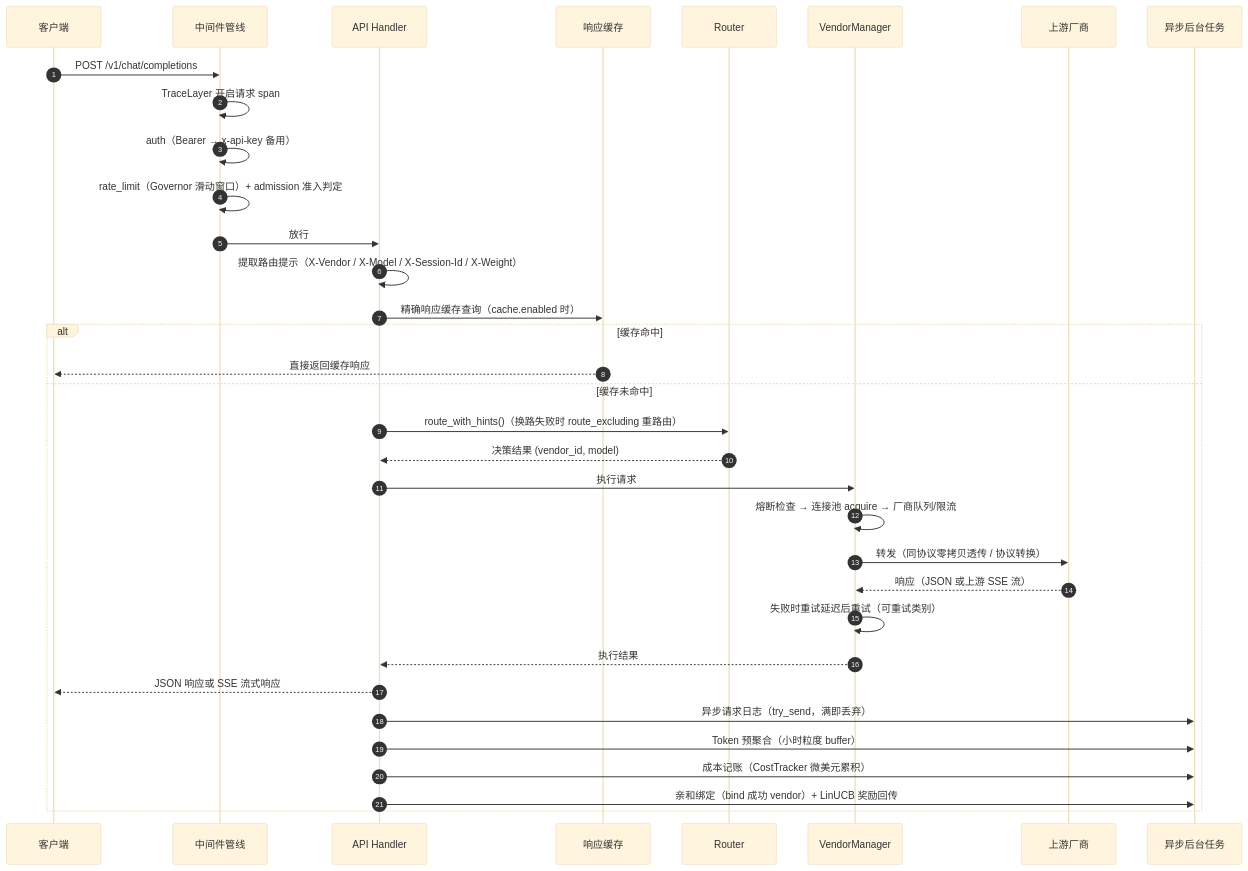
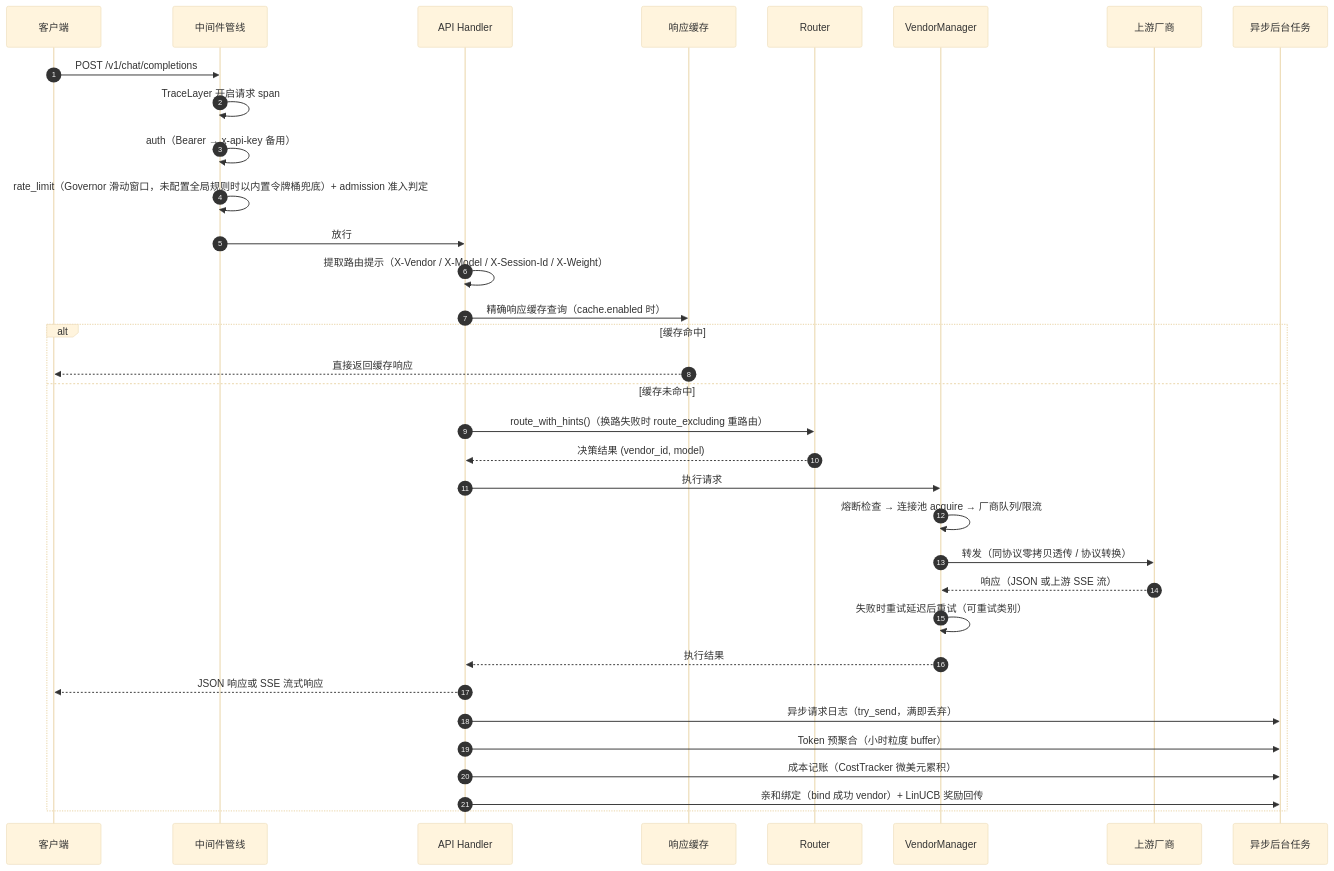
The second of 9 diagrams in docs/ARCHITECTURE.md (Kirky-X/fluxgate), drawn with Mermaid (base theme) before and after one commit. The commit also changed other lines of this file and 6 other files, not shown here.

````diff
--- a/docs/ARCHITECTURE.md
+++ b/docs/ARCHITECTURE.md
@@ -168,37 +170,37 @@
 ```mermaid
 sequenceDiagram
     autonumber
     participant C as 客户端
     participant MW as 中间件管线
     participant H as API Handler
     participant RC as 响应缓存
     participant R as Router
     participant VM as VendorManager
     participant U as 上游厂商
     participant BG as 异步后台任务
 
     C->>MW: POST /v1/chat/completions
     MW->>MW: TraceLayer 开启请求 span
     MW->>MW: auth（Bearer → x-api-key 备用）
-    MW->>MW: rate_limit（Governor 滑动窗口）+ admission 准入判定
+    MW->>MW: rate_limit（Governor 滑动窗口，未配置全局规则时以内置令牌桶兜底）+ admission 准入判定
     MW->>H: 放行
     H->>H: 提取路由提示（X-Vendor / X-Model / X-Session-Id / X-Weight）
     H->>RC: 精确响应缓存查询（cache.enabled 时）
     alt 缓存命中
         RC-->>C: 直接返回缓存响应
     else 缓存未命中
         H->>R: route_with_hints()（换路失败时 route_excluding 重路由）
         R-->>H: 决策结果 (vendor_id, model)
         H->>VM: 执行请求
         VM->>VM: 熔断检查 → 连接池 acquire → 厂商队列/限流
         VM->>U: 转发（同协议零拷贝透传 / 协议转换）
         U-->>VM: 响应（JSON 或上游 SSE 流）
         VM->>VM: 失败时重试延迟后重试（可重试类别）
         VM-->>H: 执行结果
         H-->>C: JSON 响应或 SSE 流式响应
         H->>BG: 异步请求日志（try_send，满即丢弃）
         H->>BG: Token 预聚合（小时粒度 buffer）
         H->>BG: 成本记账（CostTracker 微美元累积）
         H->>BG: 亲和绑定（bind 成功 vendor）+ LinUCB 奖励回传
     end
 ```
````
